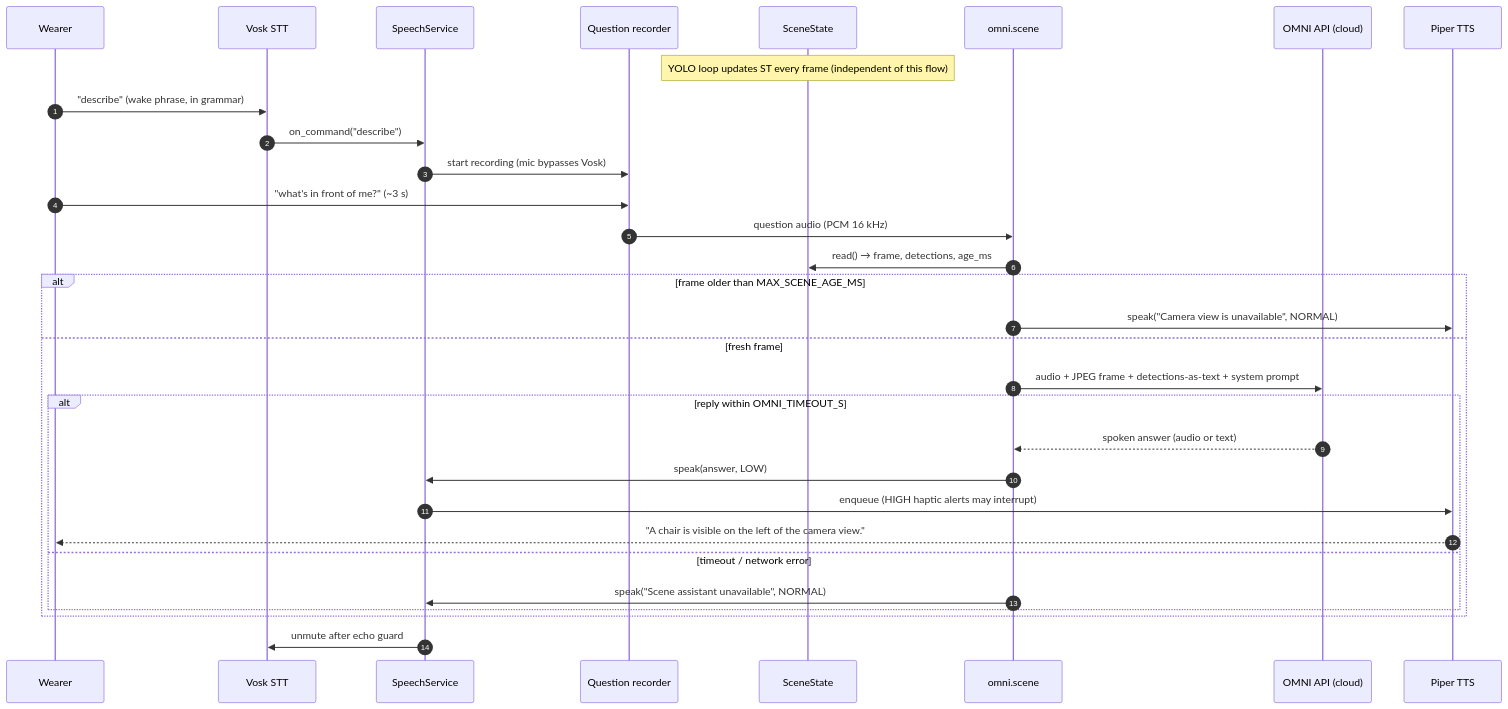
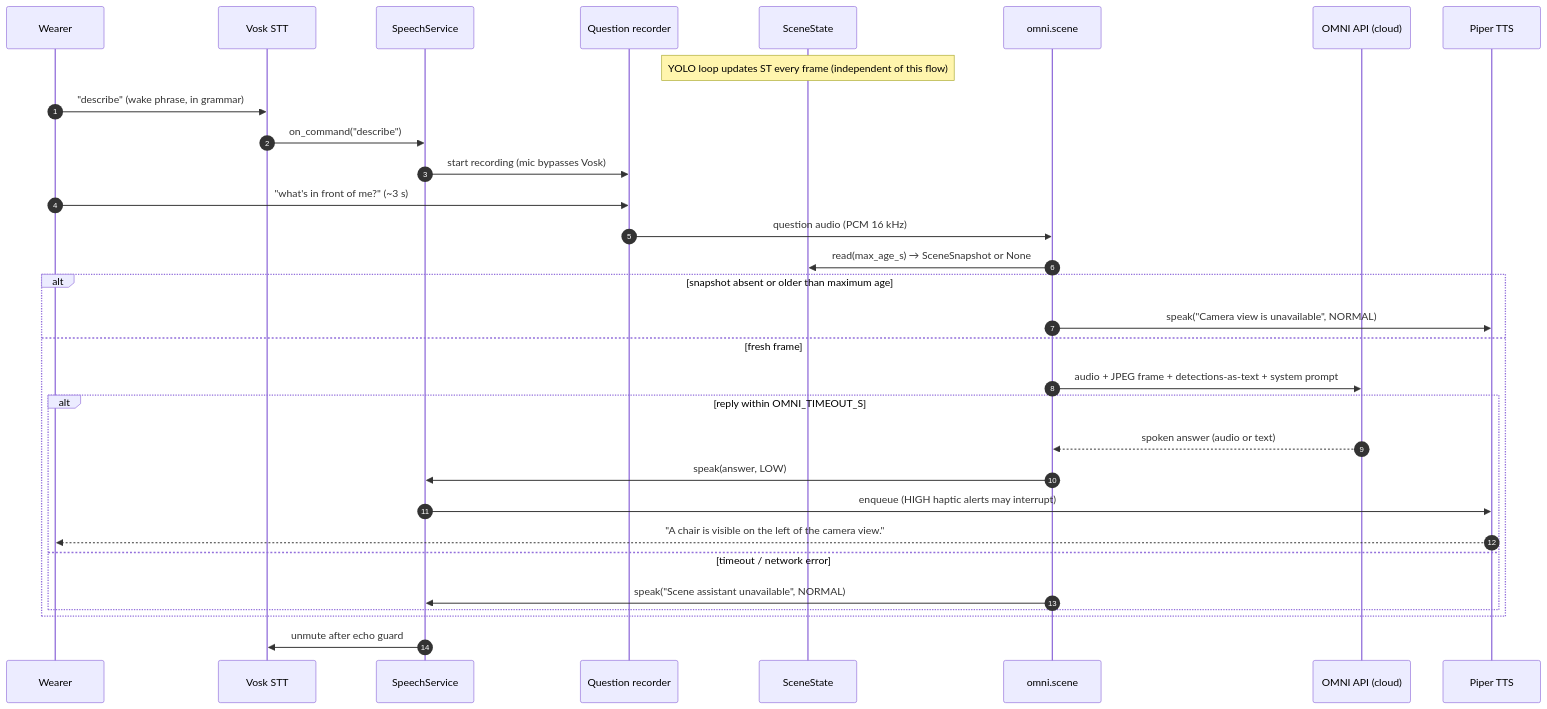
The second of 2 diagrams in SYSTEM_ARCHITECTURE.md (adi-padmarajan/Sixth-Sense), drawn with Mermaid before and after one commit. The commit also changed other lines of this file and 8 other files, not shown here.

First line of the commit message:
feat(cv): add latest-frame SceneState with freshness checks

````diff
--- a/SYSTEM_ARCHITECTURE.md
+++ b/SYSTEM_ARCHITECTURE.md
@@ -104,35 +104,35 @@
 ```mermaid
 sequenceDiagram
     autonumber
     participant W as Wearer
     participant V as Vosk STT
     participant S as SpeechService
     participant R as Question recorder
     participant ST as SceneState
     participant O as omni.scene
     participant C as OMNI API (cloud)
     participant P as Piper TTS
 
     Note over ST: YOLO loop updates ST every frame (independent of this flow)
 
     W->>V: "describe"  (wake phrase, in grammar)
     V->>S: on_command("describe")
     S->>R: start recording (mic bypasses Vosk)
     W->>R: "what's in front of me?"  (~3 s)
     R->>O: question audio (PCM 16 kHz)
-    O->>ST: read()  → frame, detections, age_ms
-    alt frame older than MAX_SCENE_AGE_MS
+    O->>ST: read(max_age_s) → SceneSnapshot or None
+    alt snapshot absent or older than maximum age
         O->>P: speak("Camera view is unavailable", NORMAL)
     else fresh frame
         O->>C: audio + JPEG frame + detections-as-text + system prompt
         alt reply within OMNI_TIMEOUT_S
             C-->>O: spoken answer (audio or text)
             O->>S: speak(answer, LOW)
             S->>P: enqueue (HIGH haptic alerts may interrupt)
             P-->>W: "A chair is visible on the left of the camera view."
         else timeout / network error
             O->>S: speak("Scene assistant unavailable", NORMAL)
         end
     end
     S->>V: unmute after echo guard
 ```
````
